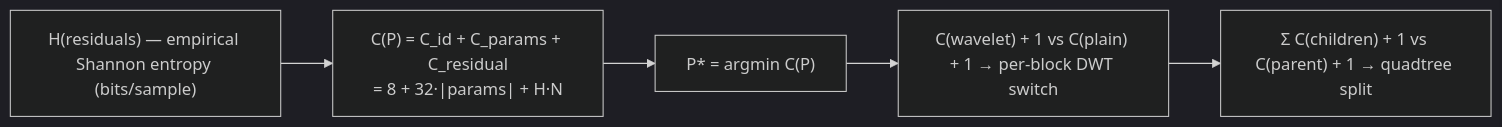
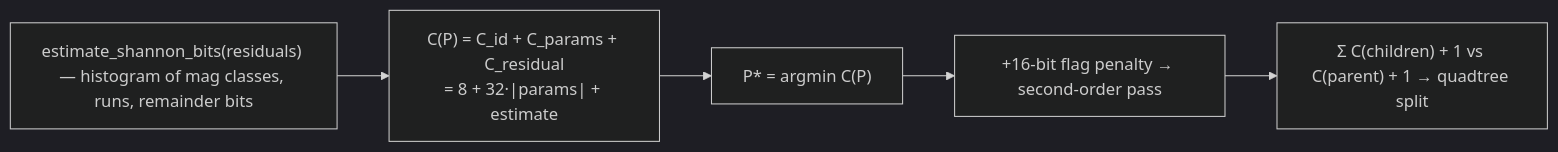
One commit to yashwk/libxtm changed the ninth of 10 diagrams in docs/pipeline.md. Above: the diagram before and after it, drawn with Mermaid (dark theme). The commit also changed other lines of this file and 2 other files, not shown here.

````diff
--- a/docs/pipeline.md
+++ b/docs/pipeline.md
@@ -460,7 +424,7 @@
 ```mermaid
 flowchart LR
-    H["H(residuals) — empirical Shannon entropy (bits/sample)"] --> C["C(P) = C_id + C_params + C_residual<br/>= 8 + 32·|params| + H·N"]
+    H["estimate_shannon_bits(residuals) — histogram of mag classes, runs, remainder bits"] --> C["C(P) = C_id + C_params + C_residual<br/>= 8 + 32·|params| + estimate"]
     C --> MIN["P* = argmin C(P)"]
-    MIN --> DT["C(wavelet) + 1 vs C(plain) + 1 → per-block DWT switch"]
-    DT --> Q["Σ C(children) + 1 vs C(parent) + 1 → quadtree split"]
+    MIN --> SO["+16-bit flag penalty → second-order pass"]
+    SO --> Q["Σ C(children) + 1 vs C(parent) + 1 → quadtree split"]
 ```
````
